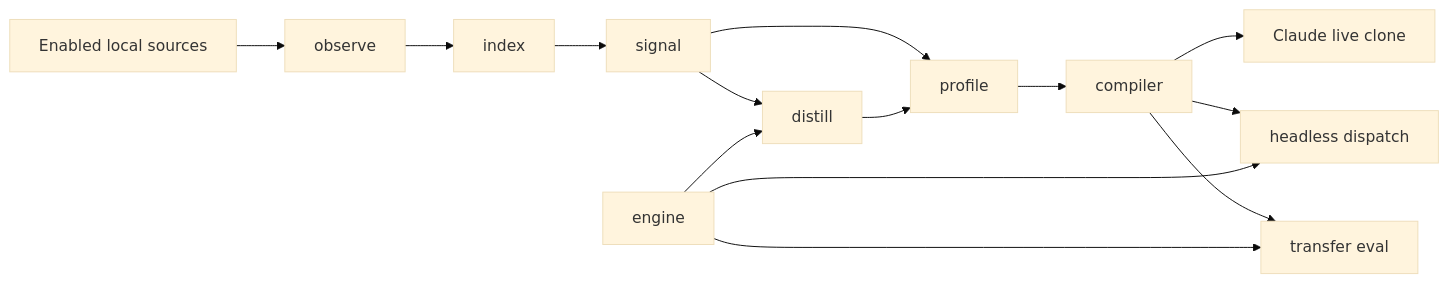
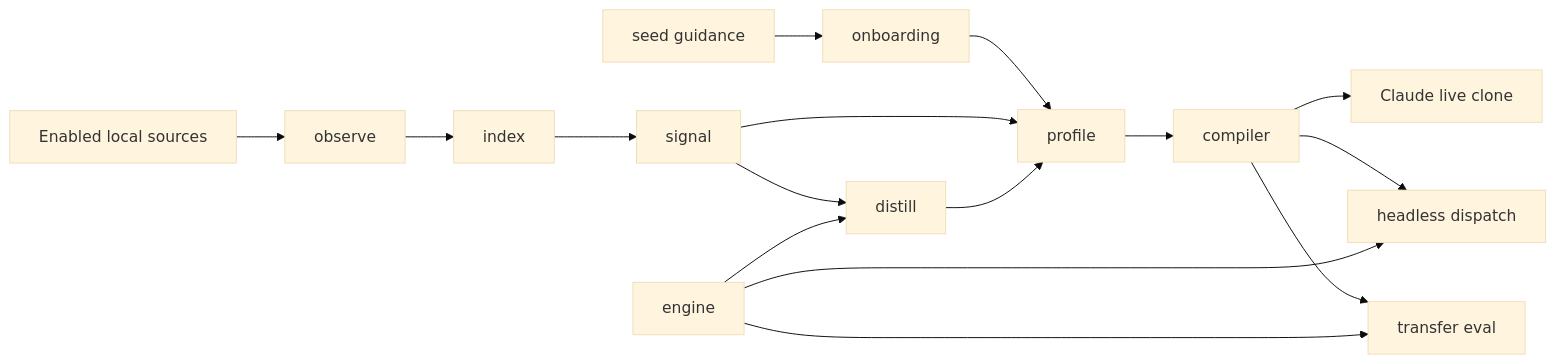
Before and after one commit to theonly1me/shadowclone: the diagram in docs/architecture/README.md, drawn with Mermaid (base theme). The commit also changed other lines of this file and 17 other files, not shown here.

First line of the commit message:
feat(cli): add profile onboarding wizard (#56)

````diff
--- a/docs/architecture/README.md
+++ b/docs/architecture/README.md
@@ -25,16 +25,18 @@
 ```mermaid
 flowchart LR
+    Guidance[seed guidance] --> Onboarding[onboarding]
+    Onboarding --> Profile[profile]
     Sources[Enabled local sources] --> Observe[observe]
     Observe --> Index[index]
     Index --> Signal[signal]
     Signal --> Profile[profile]
     Signal --> Distill[distill]
     Engine[engine] --> Distill
     Distill --> Profile
     Profile --> Compiler[compiler]
     Compiler --> Live[Claude live clone]
     Compiler --> Dispatch[headless dispatch]
     Compiler --> Eval[transfer eval]
     Engine --> Dispatch
     Engine --> Eval
 ```
````
